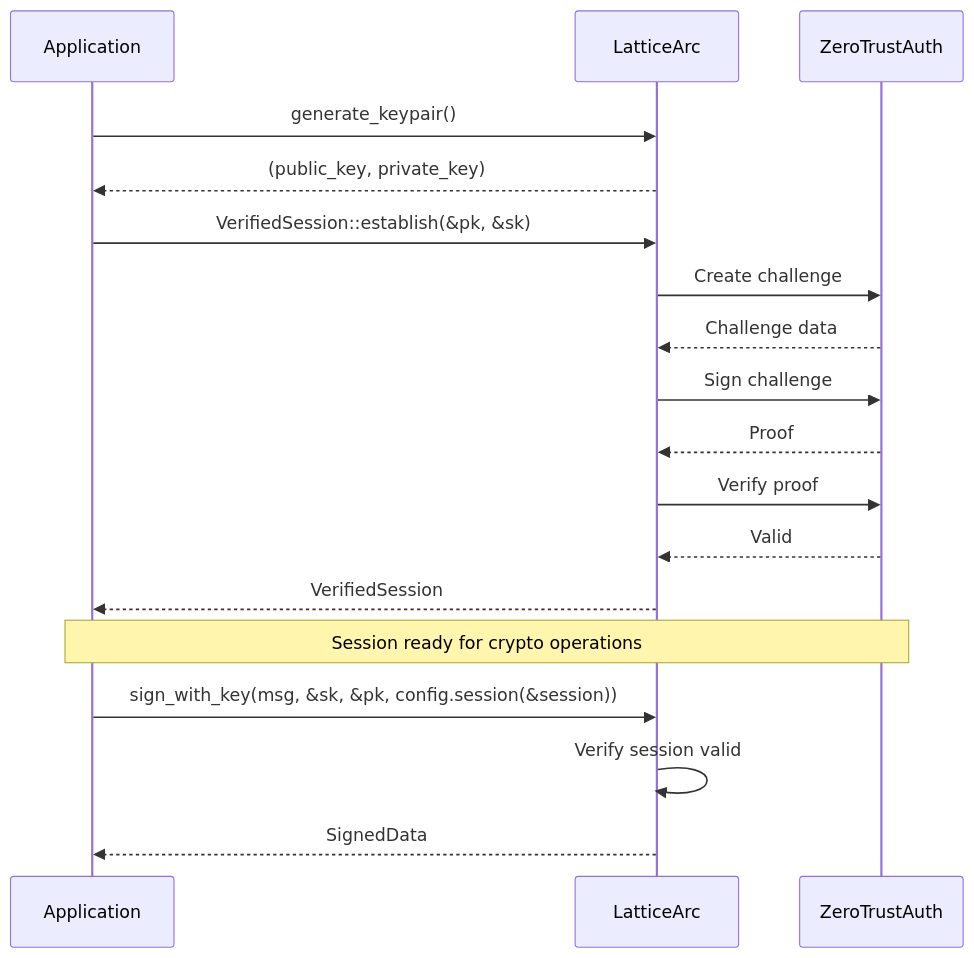
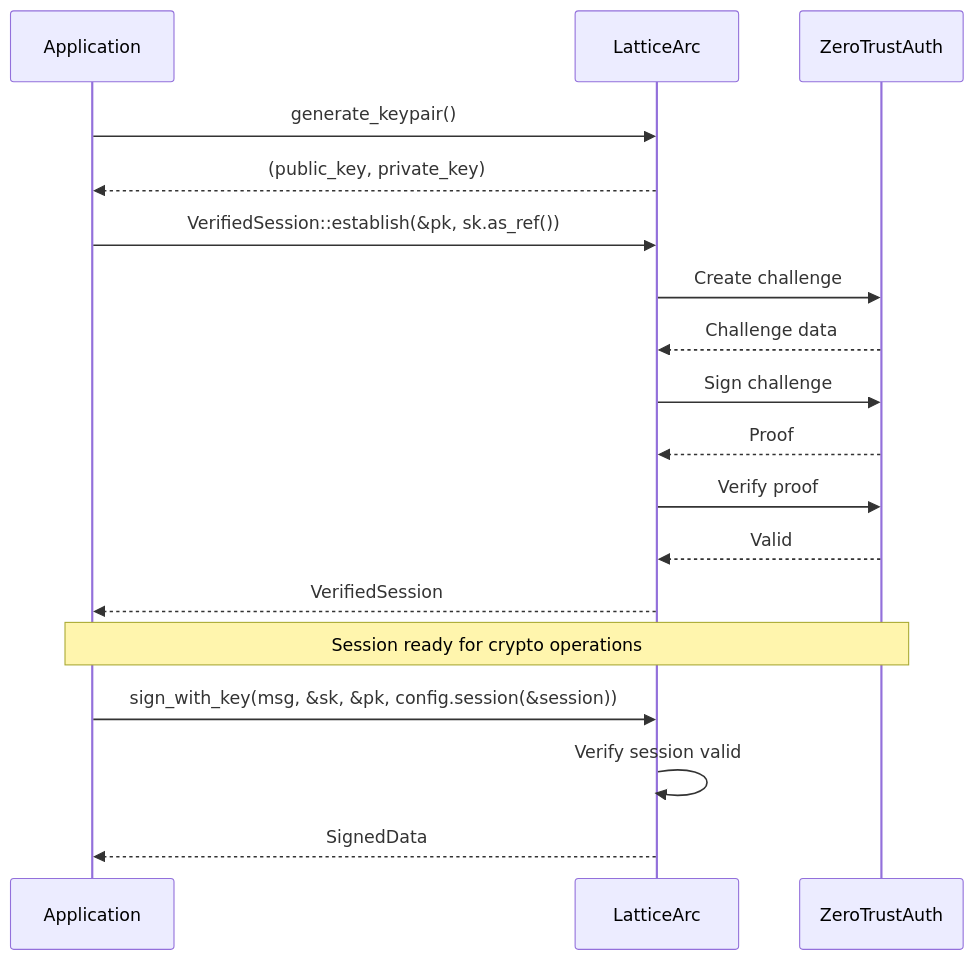
One commit to LatticeArc/latticearc changed the sixth of 7 diagrams in docs/UNIFIED_API_GUIDE.md. Above: the diagram before and after it, drawn with Mermaid. The commit also changed other lines of this file and 12 other files, not shown here.

````diff
--- a/docs/UNIFIED_API_GUIDE.md
+++ b/docs/UNIFIED_API_GUIDE.md
@@ -402,24 +402,24 @@
 ```mermaid
 sequenceDiagram
     participant App as Application
     participant LA as LatticeArc
     participant ZT as ZeroTrustAuth
 
     App->>LA: generate_keypair()
     LA-->>App: (public_key, private_key)
 
-    App->>LA: VerifiedSession::establish(&pk, &sk)
+    App->>LA: VerifiedSession::establish(&pk, sk.as_ref())
     LA->>ZT: Create challenge
     ZT-->>LA: Challenge data
     LA->>ZT: Sign challenge
     ZT-->>LA: Proof
     LA->>ZT: Verify proof
     ZT-->>LA: Valid
     LA-->>App: VerifiedSession
 
     Note over App,ZT: Session ready for crypto operations
 
     App->>LA: sign_with_key(msg, &sk, &pk, config.session(&session))
     LA->>LA: Verify session valid
     LA-->>App: SignedData
 ```
````
